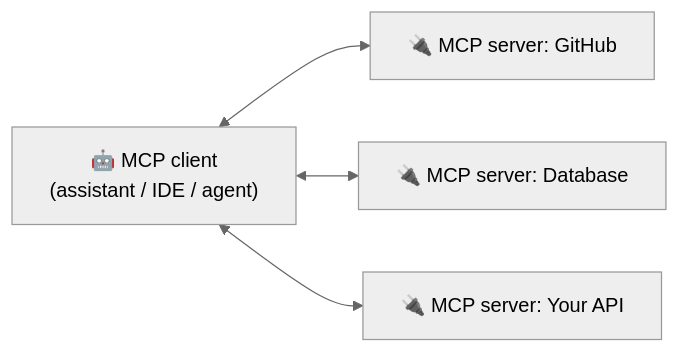
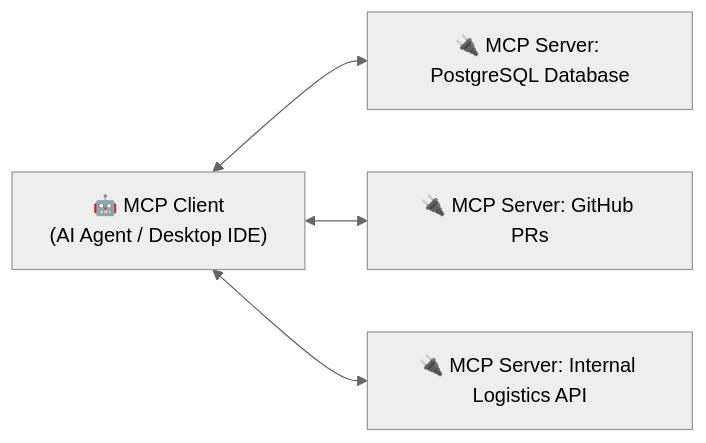
One commit to ABVicky/Prompt-Engineering-by-Vicky changed the second of 2 diagrams in modules/10-tool-use-and-agents.md. Above: the diagram before and after it, drawn with Mermaid (neutral theme). The commit also changed other lines of this file and 19 other files, not shown here.

````diff
--- a/modules/10-tool-use-and-agents.md
+++ b/modules/10-tool-use-and-agents.md
@@ -212,6 +197,6 @@
 ```mermaid
 flowchart LR
-    C["🤖 MCP client<br/>(assistant / IDE / agent)"] <--> S1["🔌 MCP server: GitHub"]
-    C <--> S2["🔌 MCP server: Database"]
-    C <--> S3["🔌 MCP server: Your API"]
+    Client["🤖 MCP Client<br/>(AI Agent / Desktop IDE)"] <--> S1["🔌 MCP Server: PostgreSQL Database"]
+    Client <--> S2["🔌 MCP Server: GitHub PRs"]
+    Client <--> S3["🔌 MCP Server: Internal Logistics API"]
 ```
````
